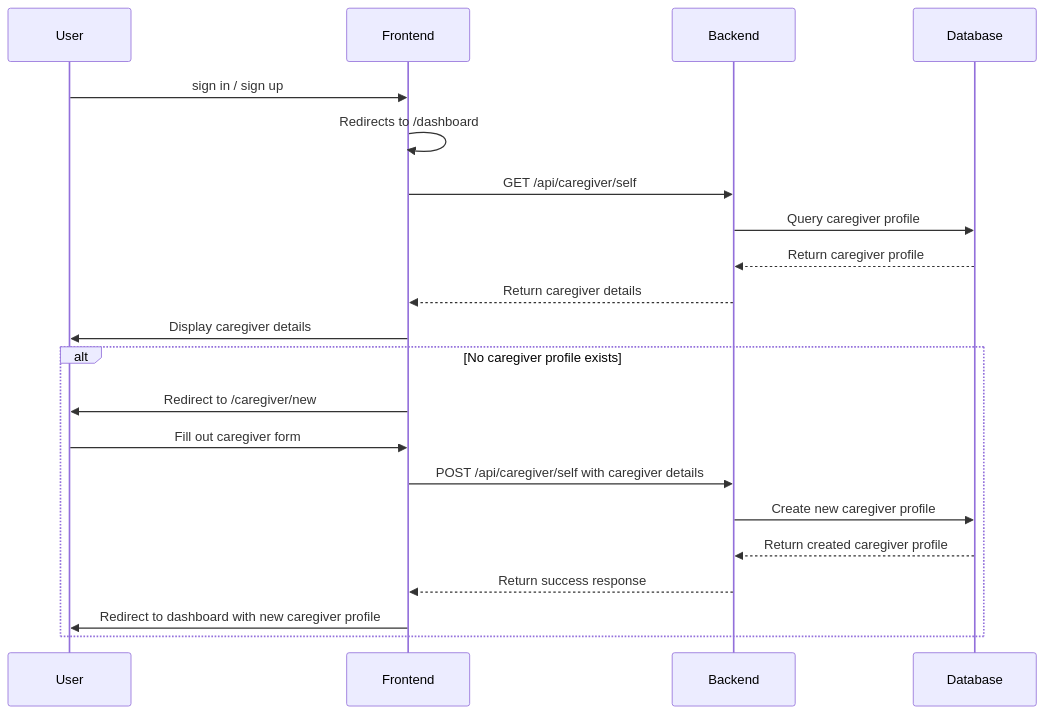
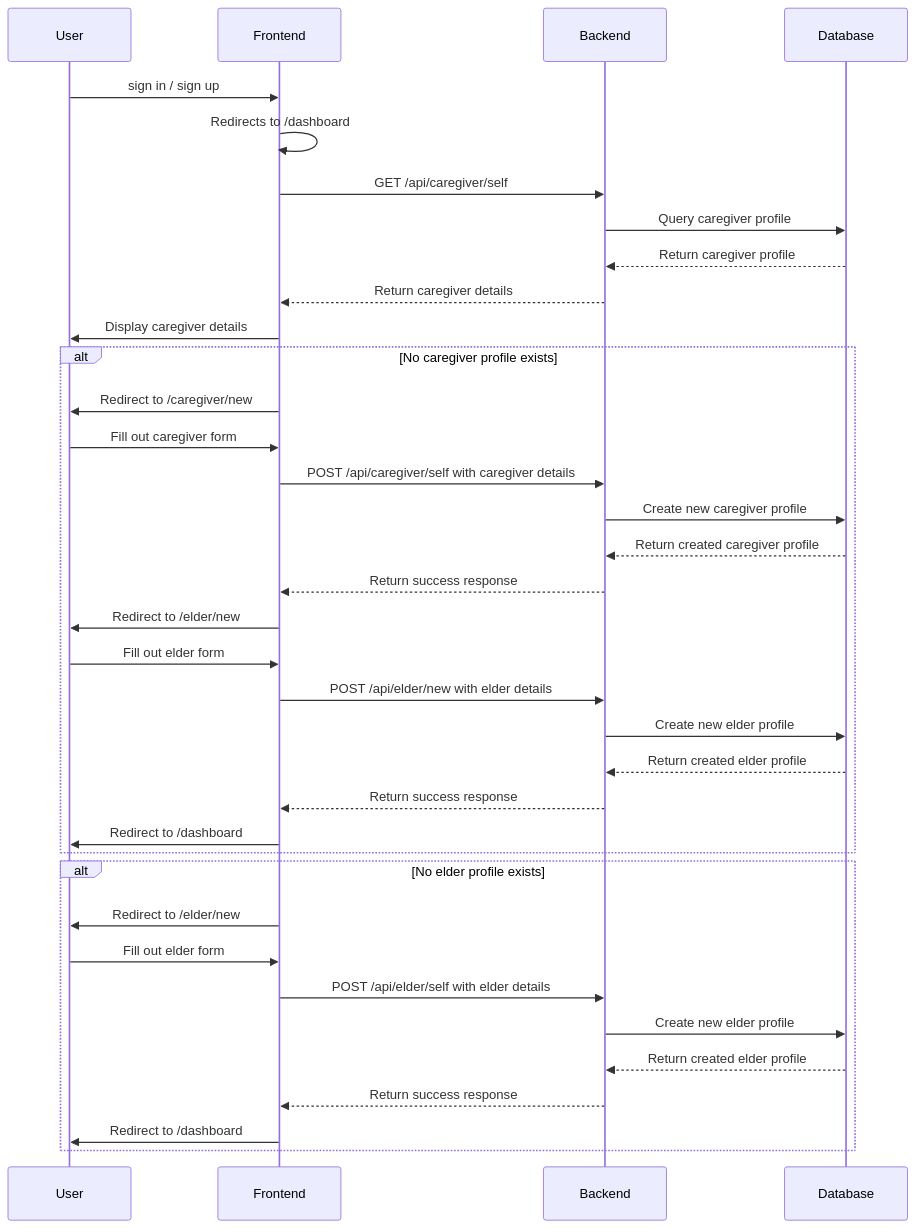
Before and after one commit to Kantosaurus/ESC-C3T2: the diagram in docs/caregiver-onboarding.md, drawn with Mermaid.

Commit message:
docs: update seq diagram

````diff
--- a/docs/caregiver-onboarding.md
+++ b/docs/caregiver-onboarding.md
@@ -11,25 +11,40 @@
 ```mermaid
 sequenceDiagram
 		participant User
 		participant Frontend
 		participant Backend
 		participant Database
 
 		User->>Frontend: sign in / sign up
 		Frontend->>Frontend: Redirects to /dashboard
 		Frontend->>Backend: GET /api/caregiver/self
 		Backend->>Database: Query caregiver profile
 		Database-->>Backend: Return caregiver profile
 		Backend-->>Frontend: Return caregiver details
 		Frontend->>User: Display caregiver details
 		alt No caregiver profile exists
 			Frontend->>User: Redirect to /caregiver/new
 			User->>Frontend: Fill out caregiver form
 			Frontend->>Backend: POST /api/caregiver/self with caregiver details
 			Backend->>Database: Create new caregiver profile
 			Database-->>Backend: Return created caregiver profile
 			Backend-->>Frontend: Return success response
-			Frontend->>User: Redirect to dashboard with new caregiver profile
+			Frontend->>User: Redirect to /elder/new
+			User->>Frontend: Fill out elder form
+			Frontend->>Backend: POST /api/elder/new with elder details
+			Backend->>Database: Create new elder profile
+			Database-->>Backend: Return created elder profile
+			Backend-->>Frontend: Return success response
+			Frontend->>User: Redirect to /dashboard
+		end
+		alt No elder profile exists
+			Frontend->>User: Redirect to /elder/new
+			User->>Frontend: Fill out elder form
+			Frontend->>Backend: POST /api/elder/self with elder details
+			Backend->>Database: Create new elder profile
+			Database-->>Backend: Return created elder profile
+			Backend-->>Frontend: Return success response
+			Frontend->>User: Redirect to /dashboard
 		end
 
 ```
````
